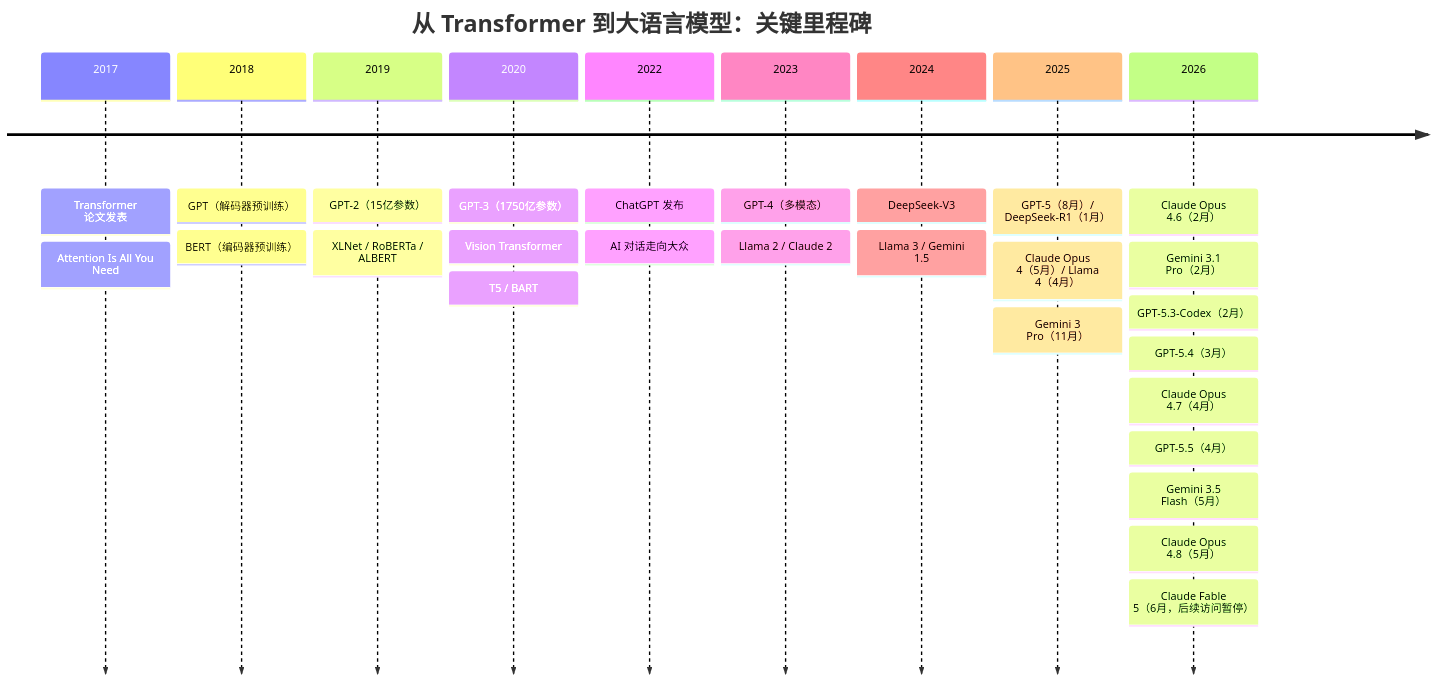
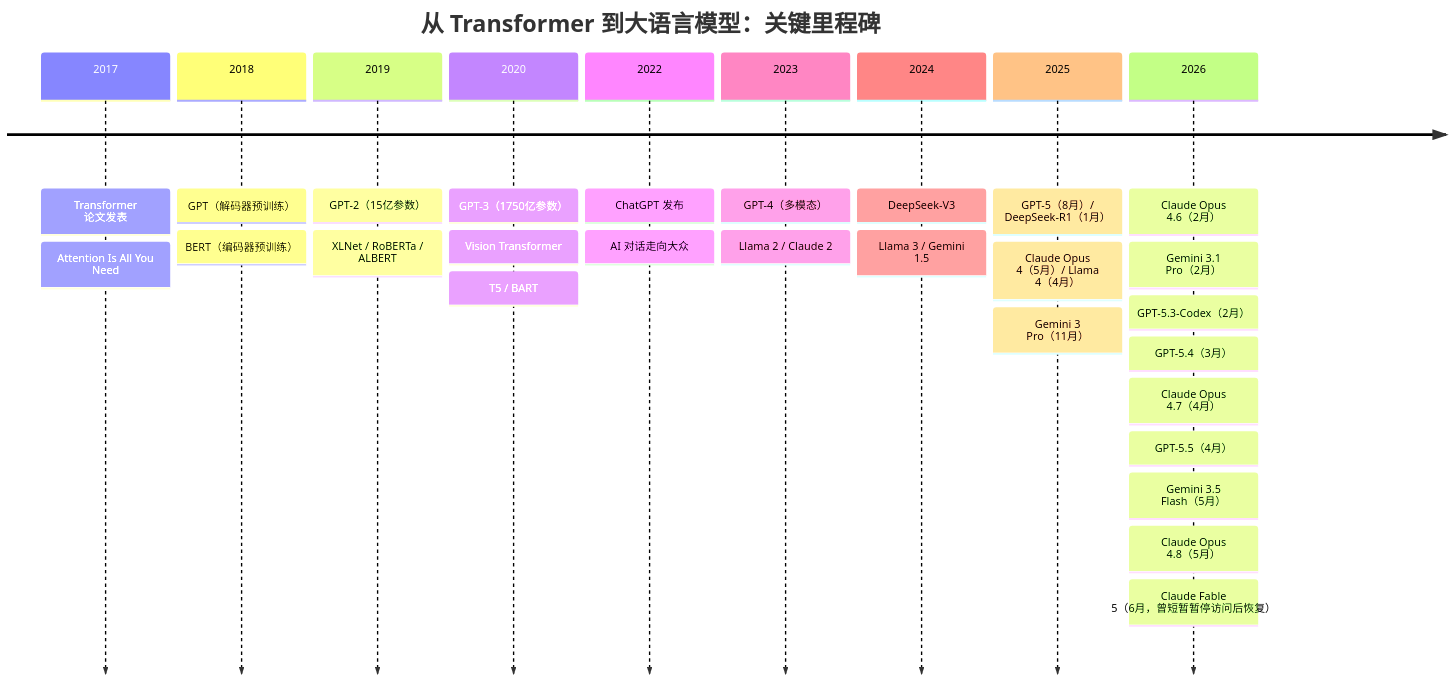
Before and after one commit to yeasy/llm_internals: the diagram in 01_introduction/1.5_milestones.md, drawn with Mermaid. The commit also changed other lines of this file and 5 other files, not shown here.

First line of the commit message:
fix(content): refresh Fable/Mythos availability, extend Claude timeline, disambiguate T5 and o-series dates

````diff
--- a/01_introduction/1.5_milestones.md
+++ b/01_introduction/1.5_milestones.md
@@ -5,31 +5,31 @@
 ```mermaid
 timeline
     title 从 Transformer 到大语言模型：关键里程碑
     2017 : Transformer 论文发表
          : Attention Is All You Need
     2018 : GPT（解码器预训练）
          : BERT（编码器预训练）
     2019 : GPT-2（15亿参数）
          : XLNet / RoBERTa / ALBERT
     2020 : GPT-3（1750亿参数）
          : Vision Transformer
          : T5 / BART
     2022 : ChatGPT 发布
          : AI 对话走向大众
     2023 : GPT-4（多模态）
          : Llama 2 / Claude 2
     2024 : DeepSeek-V3
          : Llama 3 / Gemini 1.5
     2025 : GPT-5（8月）/ DeepSeek-R1（1月）
          : Claude Opus 4（5月）/ Llama 4（4月）
          : Gemini 3 Pro（11月）
     2026 : Claude Opus 4.6（2月）
          : Gemini 3.1 Pro（2月）
          : GPT-5.3-Codex（2月）
          : GPT-5.4（3月）
          : Claude Opus 4.7（4月）
          : GPT-5.5（4月）
          : Gemini 3.5 Flash（5月）
          : Claude Opus 4.8（5月）
-         : Claude Fable 5（6月，后续访问暂停）
+         : Claude Fable 5（6月，曾短暂暂停访问后恢复）
 ```
````
